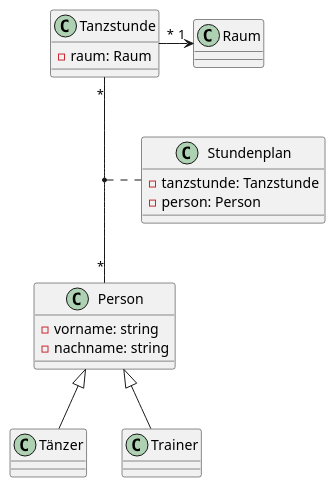
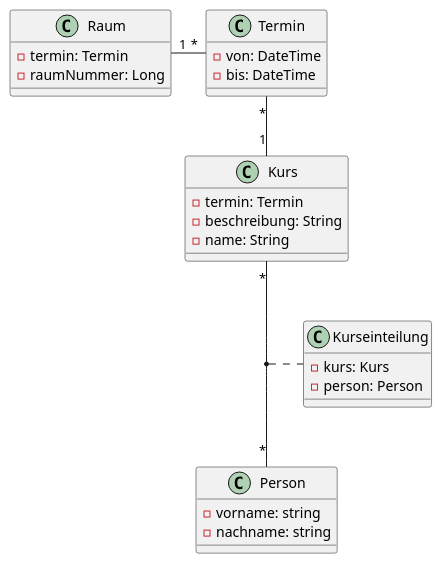
Before and after one commit to 2122-4ahif-nvs/01-microproject-HautzmayerSheila: the diagram in asciidocs/plantuml/Tanzverein.puml, drawn with PlantUML. The commit also changed 16 other files, not shown here.

```diff
--- a/asciidocs/plantuml/Tanzverein.puml
+++ b/asciidocs/plantuml/Tanzverein.puml
@@ -1,42 +1,42 @@
 @startuml
 'https://plantuml.com/class-diagram
 
 
 class Raum{
-
+    -termin: Termin
+    -raumNummer: Long
 }
 
-class Tänzer{
 
+class Kurs{
+    -termin: Termin
+    -beschreibung: String
+    -name: String
 }
 
-class Tanzstunde{
-    -raum: Raum
-}
-
-class Stundenplan{
-    -tanzstunde: Tanzstunde
+class Kurseinteilung{
+    -kurs: Kurs
     -person: Person
 }
 
-class Trainer{
-
-}
 class Person{
     -vorname: string
     -nachname: string
 }
 
+class Termin{
+    -von: DateTime
+    -bis: DateTime
+}
+
+
+Kurs "*" -- "*" Person
+Termin "*" -- "1" Kurs
+Termin "*" -l- "1" Raum
+
+(Kurs, Person) .. Kurseinteilung
 
 
 
-Tanzstunde "*" -r-> "1" Raum
-Tanzstunde "*" -- "*" Person
-
-(Tanzstunde, Person) .. Stundenplan
-
-
-Person <|-- Tänzer
-Person <|-- Trainer
 
 @enduml
```
